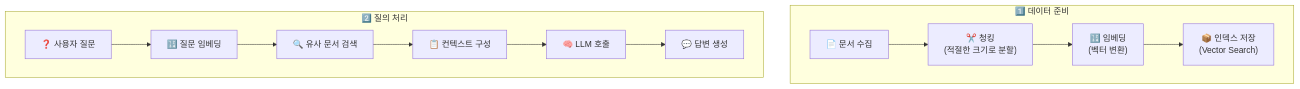
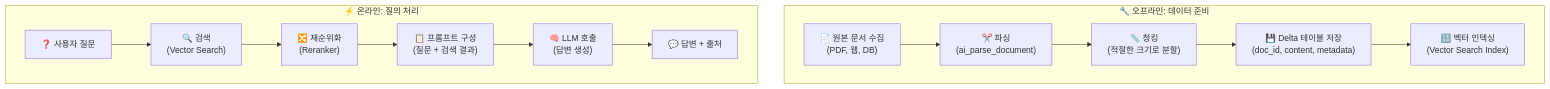
The diagram in 10-agent-development/rag-pipeline.md (SimyungYang/simyung-dbx-training), drawn with Mermaid before and after one commit. The commit also changed other lines of this file and 5 other files, not shown here.

````diff
--- a/10-agent-development/rag-pipeline.md
+++ b/10-agent-development/rag-pipeline.md
@@ -5,16 +7,18 @@
 ```mermaid
 graph TB
-    subgraph Prep["1️⃣ 데이터 준비"]
-        D["📄 문서 수집"] --> P["✂️ 청킹<br/>(적절한 크기로 분할)"]
-        P --> E["🔢 임베딩<br/>(벡터 변환)"]
-        E --> I["📦 인덱스 저장<br/>(Vector Search)"]
+    subgraph Offline["🔧 오프라인: 데이터 준비"]
+        D1["📄 원본 문서 수집<br/>(PDF, 웹, DB)"] --> D2["✂️ 파싱<br/>(ai_parse_document)"]
+        D2 --> D3["📏 청킹<br/>(적절한 크기로 분할)"]
+        D3 --> D4["💾 Delta 테이블 저장<br/>(doc_id, content, metadata)"]
+        D4 --> D5["🔢 벡터 인덱싱<br/>(Vector Search Index)"]
     end
 
-    subgraph Query["2️⃣ 질의 처리"]
-        Q["❓ 사용자 질문"] --> QE["🔢 질문 임베딩"]
-        QE --> S["🔍 유사 문서 검색"]
-        S --> C["📋 컨텍스트 구성"]
-        C --> LLM["🧠 LLM 호출"]
-        LLM --> A["💬 답변 생성"]
+    subgraph Online["⚡ 온라인: 질의 처리"]
+        Q["❓ 사용자 질문"]
+        Q --> S1["🔍 검색<br/>(Vector Search)"]
+        S1 --> S2["🔀 재순위화<br/>(Reranker)"]
+        S2 --> S3["📋 프롬프트 구성<br/>(질문 + 검색 결과)"]
+        S3 --> S4["🧠 LLM 호출<br/>(답변 생성)"]
+        S4 --> S5["💬 답변 + 출처"]
     end
 ```
````
